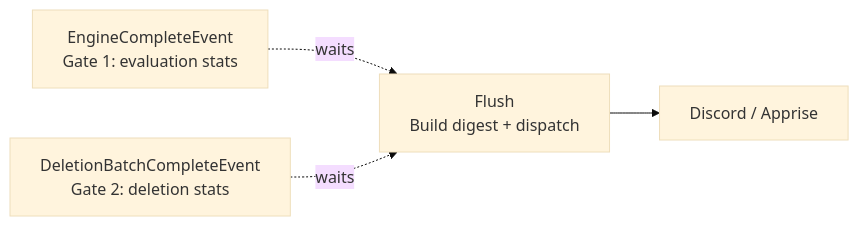
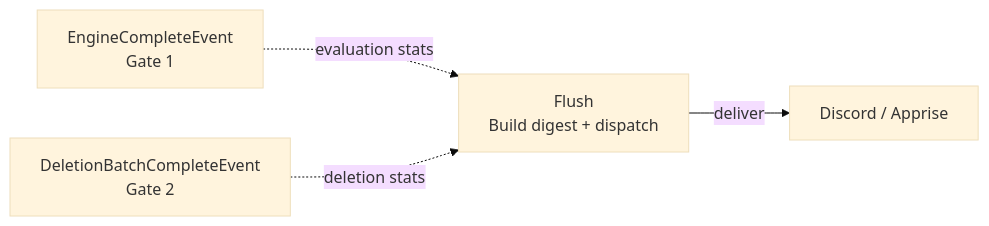
Before and after one commit to Wesleyl89/capacitarr: the fifth of 6 diagrams in docs/reference/architecture.md, drawn with Mermaid (base theme). The commit also changed other lines of this file and 50 other files, not shown here.

````diff
--- a/docs/reference/architecture.md
+++ b/docs/reference/architecture.md
@@ -273,11 +307,11 @@
 ```mermaid
 flowchart LR
-    ENGINE_COMPLETE["EngineCompleteEvent<br/>Gate 1: evaluation stats"]
-    DELETION_BATCH["DeletionBatchCompleteEvent<br/>Gate 2: deletion stats"]
+    ENGINE_COMPLETE["EngineCompleteEvent<br/>Gate 1"]
+    DELETION_BATCH["DeletionBatchCompleteEvent<br/>Gate 2"]
     FLUSH["Flush<br/>Build digest + dispatch"]
     CHANNELS["Discord / Apprise"]
 
-    ENGINE_COMPLETE -.->|"waits"| FLUSH
-    DELETION_BATCH -.->|"waits"| FLUSH
-    FLUSH --> CHANNELS
+    ENGINE_COMPLETE -.->|"evaluation stats"| FLUSH
+    DELETION_BATCH -.->|"deletion stats"| FLUSH
+    FLUSH -->|"deliver"| CHANNELS
 ```
````
